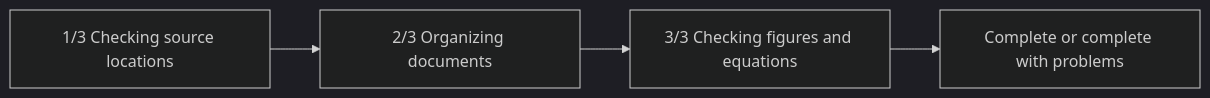
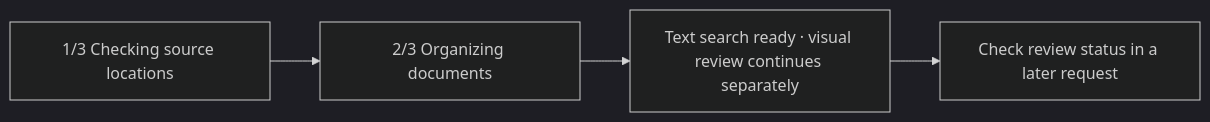
Before and after one commit to LWH4Data/research-agent: the tenth of 10 diagrams in docs/technical/README.en.md, drawn with Mermaid (dark theme). The commit also changed other lines of this file and 69 other files, not shown here.

````diff
--- a/docs/technical/README.en.md
+++ b/docs/technical/README.en.md
@@ -1320,6 +1504,6 @@
 ```mermaid
 flowchart LR
     A[1/3 Checking source locations] --> B[2/3 Organizing documents]
-    B --> C[3/3 Checking figures and equations]
-    C --> D[Complete or complete with problems]
+    B --> C[Text search ready · visual review continues separately]
+    C --> D[Check review status in a later request]
 ```
````
